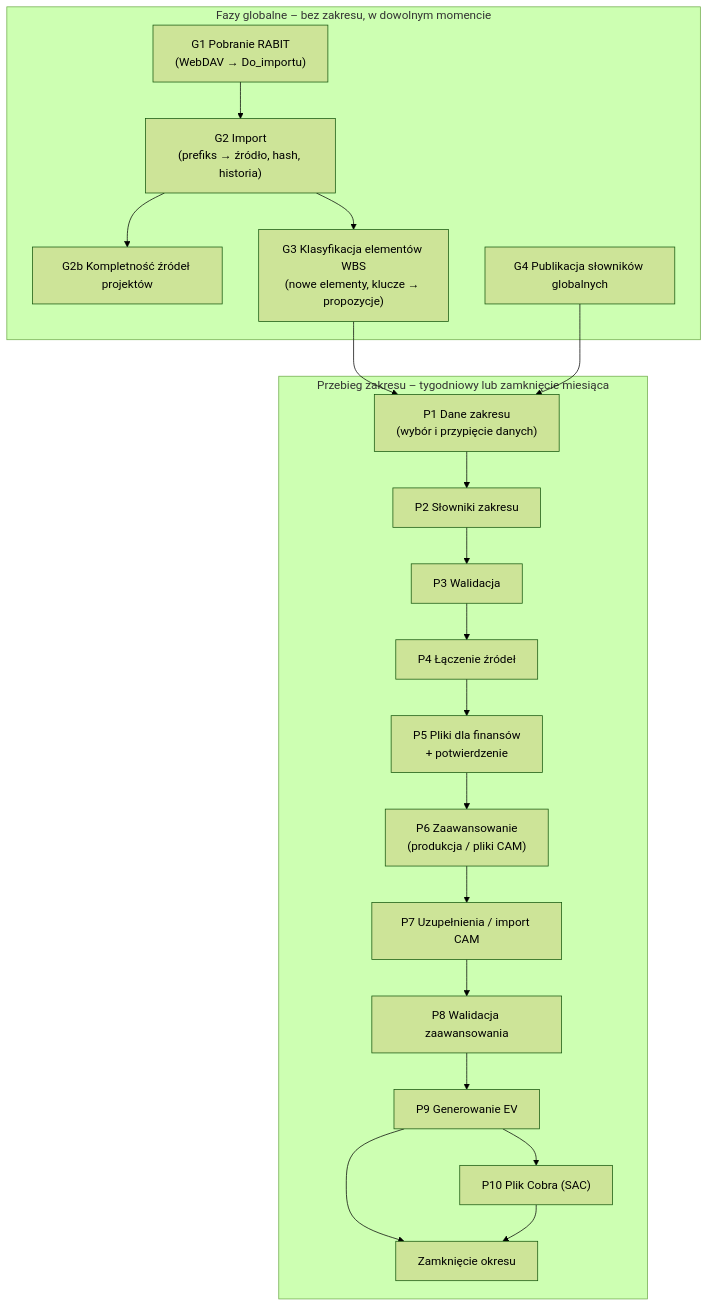
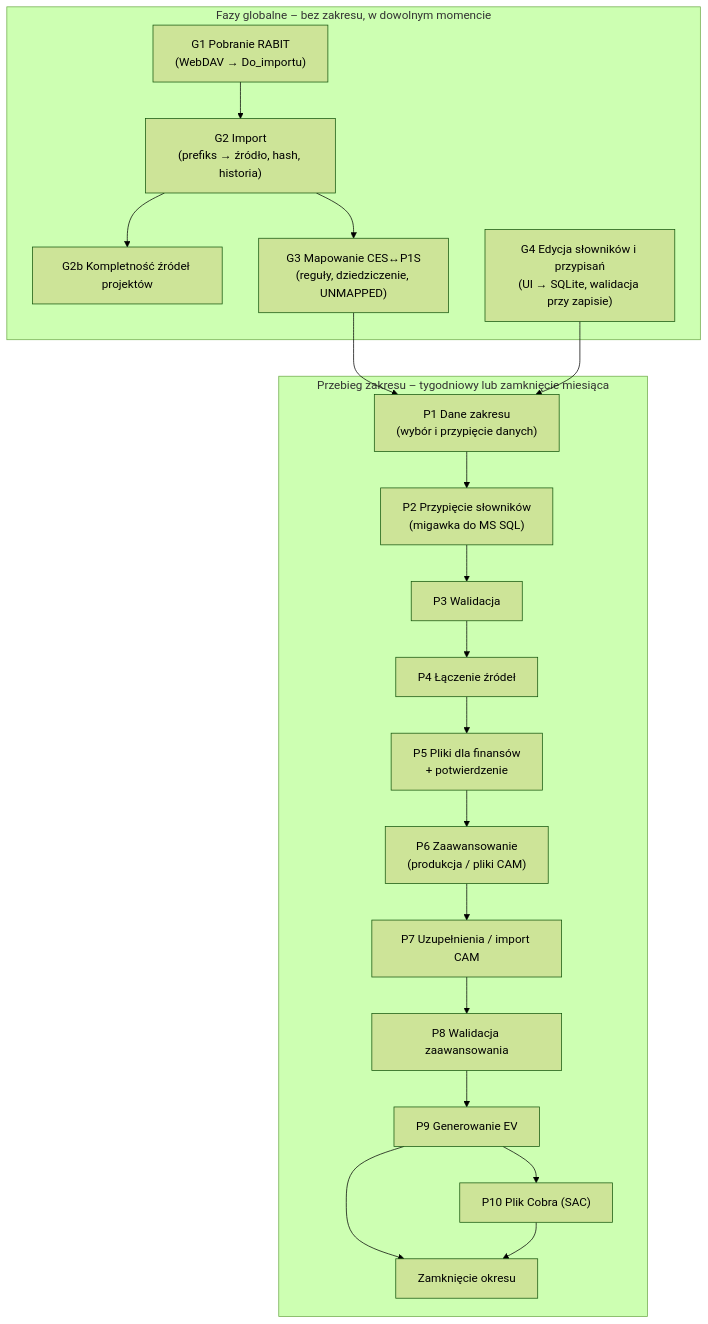
Before and after one commit to skrobi/ahd: the diagram in docs/pipeline-fazy.md, drawn with Mermaid (forest theme). The commit also changed other lines of this file and 5 other files, not shown here.

First line of the commit message:
Docs: słowniki w bazie SQLite z interfejsem (M13–M15), NO_P1S odłożony

````diff
--- a/docs/pipeline-fazy.md
+++ b/docs/pipeline-fazy.md
@@ -31,24 +31,24 @@
 ```mermaid
 flowchart TD
   subgraph G["Fazy globalne – bez zakresu, w dowolnym momencie"]
     G1["G1 Pobranie RABIT<br/>(WebDAV → Do_importu)"] --> G2["G2 Import<br/>(prefiks → źródło, hash, historia)"]
     G2 --> G2b["G2b Kompletność źródeł projektów"]
-    G2 --> G3["G3 Klasyfikacja elementów WBS<br/>(nowe elementy, klucze → propozycje)"]
-    G4["G4 Publikacja słowników globalnych"]
+    G2 --> G3["G3 Mapowanie CES↔P1S<br/>(reguły, dziedziczenie, UNMAPPED)"]
+    G4["G4 Edycja słowników i przypisań<br/>(UI → SQLite, walidacja przy zapisie)"]
   end
   subgraph P["Przebieg zakresu – tygodniowy lub zamknięcie miesiąca"]
-    P1["P1 Dane zakresu<br/>(wybór i przypięcie danych)"] --> P2["P2 Słowniki zakresu"]
+    P1["P1 Dane zakresu<br/>(wybór i przypięcie danych)"] --> P2["P2 Przypięcie słowników<br/>(migawka do MS SQL)"]
     P2 --> P3["P3 Walidacja"]
     P3 --> P4["P4 Łączenie źródeł"]
     P4 --> P5["P5 Pliki dla finansów<br/>+ potwierdzenie"]
     P5 --> P6["P6 Zaawansowanie<br/>(produkcja / pliki CAM)"]
     P6 --> P7["P7 Uzupełnienia / import CAM"]
     P7 --> P8["P8 Walidacja zaawansowania"]
     P8 --> P9["P9 Generowanie EV"]
     P9 --> P10["P10 Plik Cobra (SAC)"]
     P9 --> Z["Zamknięcie okresu"]
     P10 --> Z
   end
   G3 --> P1
   G4 --> P1
 ```
````
